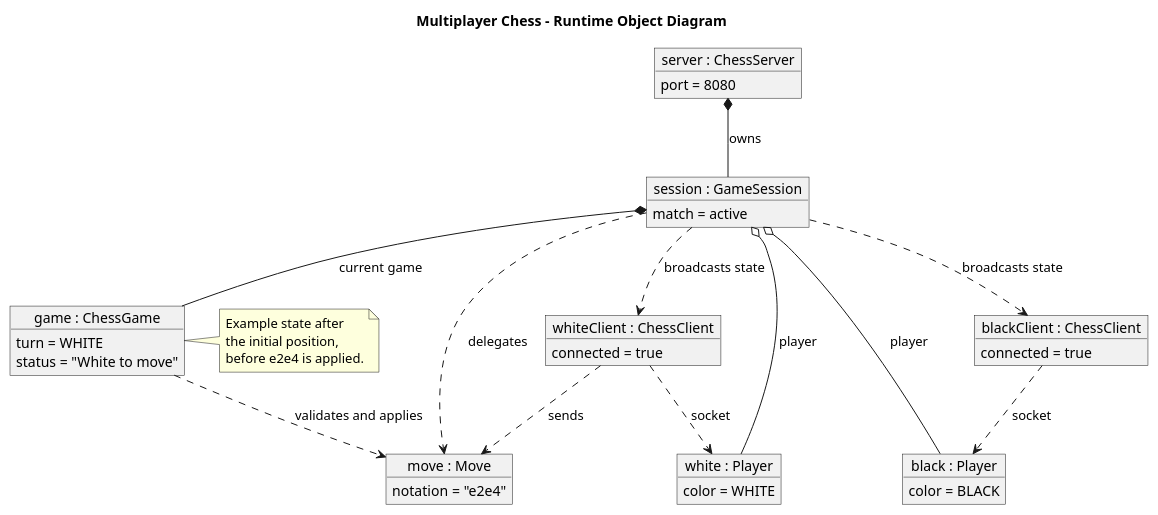
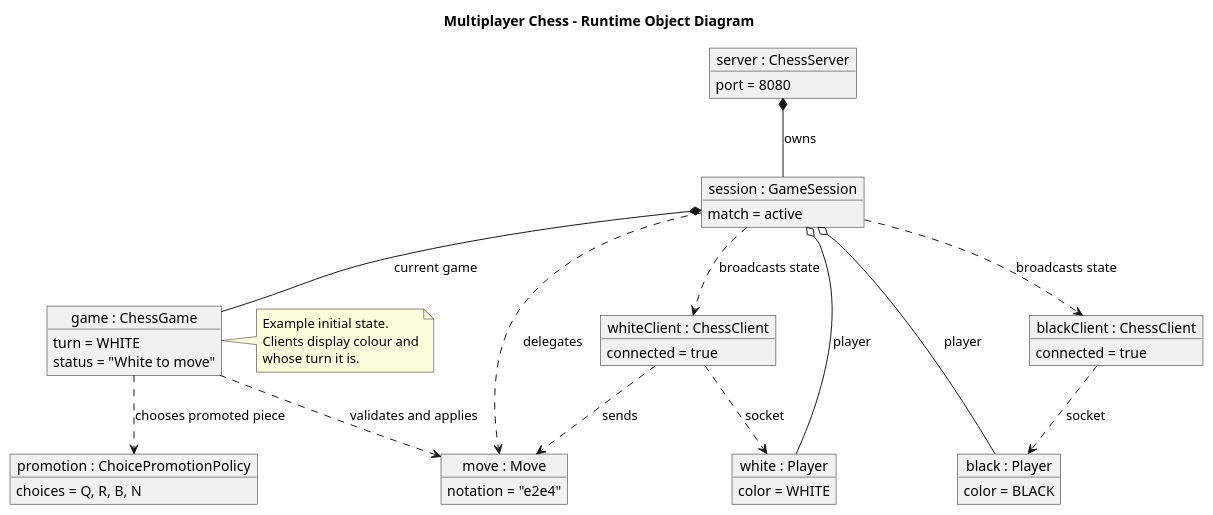
One commit to LooninS/multiplayer-chess-java changed the diagram in docs/plantuml/chess-objects.puml. Above: the diagram before and after it, drawn with PlantUML. The commit also changed 8 other files, not shown here.

```diff
--- a/docs/plantuml/chess-objects.puml
+++ b/docs/plantuml/chess-objects.puml
@@ -1,55 +1,60 @@
 @startuml
 title Multiplayer Chess - Runtime Object Diagram
 skinparam shadowing false
 
 object "server : ChessServer" as server {
   port = 8080
 }
 
 object "session : GameSession" as session {
   match = active
 }
 
 object "white : Player" as white {
   color = WHITE
 }
 
 object "black : Player" as black {
   color = BLACK
 }
 
 object "game : ChessGame" as game {
   turn = WHITE
   status = "White to move"
 }
 
 object "move : Move" as move {
   notation = "e2e4"
 }
 
 object "whiteClient : ChessClient" as whiteClient {
   connected = true
 }
 
 object "blackClient : ChessClient" as blackClient {
   connected = true
 }
 
+object "promotion : ChoicePromotionPolicy" as promotion {
+  choices = Q, R, B, N
+}
+
 server *-- session : owns
 session *-- game : current game
 session o-- white : player
 session o-- black : player
 whiteClient ..> white : socket
 blackClient ..> black : socket
 whiteClient ..> move : sends
 session ..> move : delegates
 game ..> move : validates and applies
+game ..> promotion : chooses promoted piece
 session ..> whiteClient : broadcasts state
 session ..> blackClient : broadcasts state
 
 note right of game
-  Example state after
-  the initial position,
-  before e2e4 is applied.
+  Example initial state.
+  Clients display colour and
+  whose turn it is.
 end note
 @enduml
```
